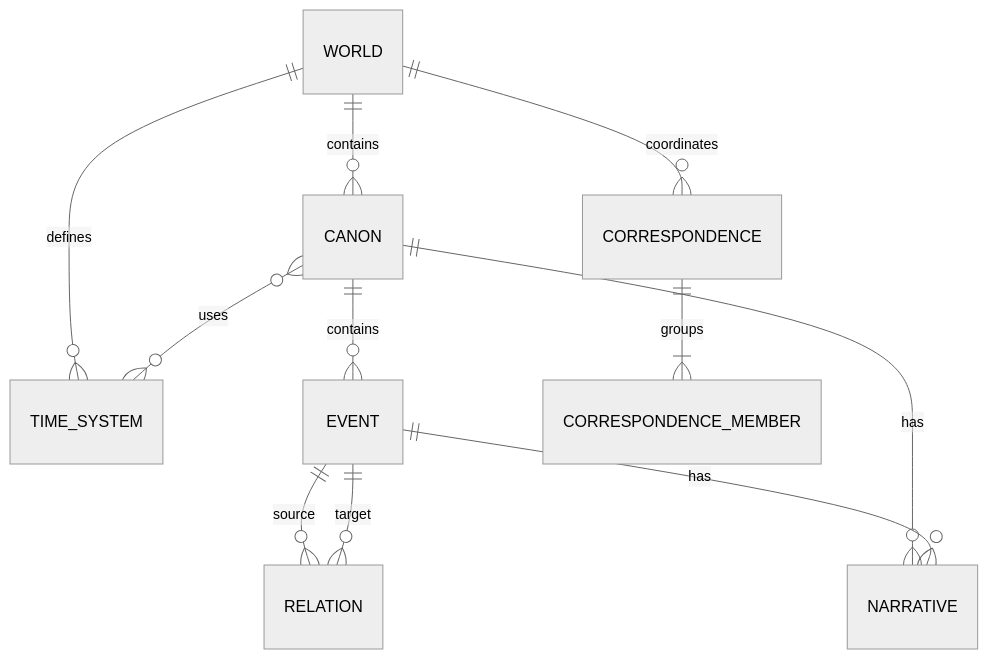
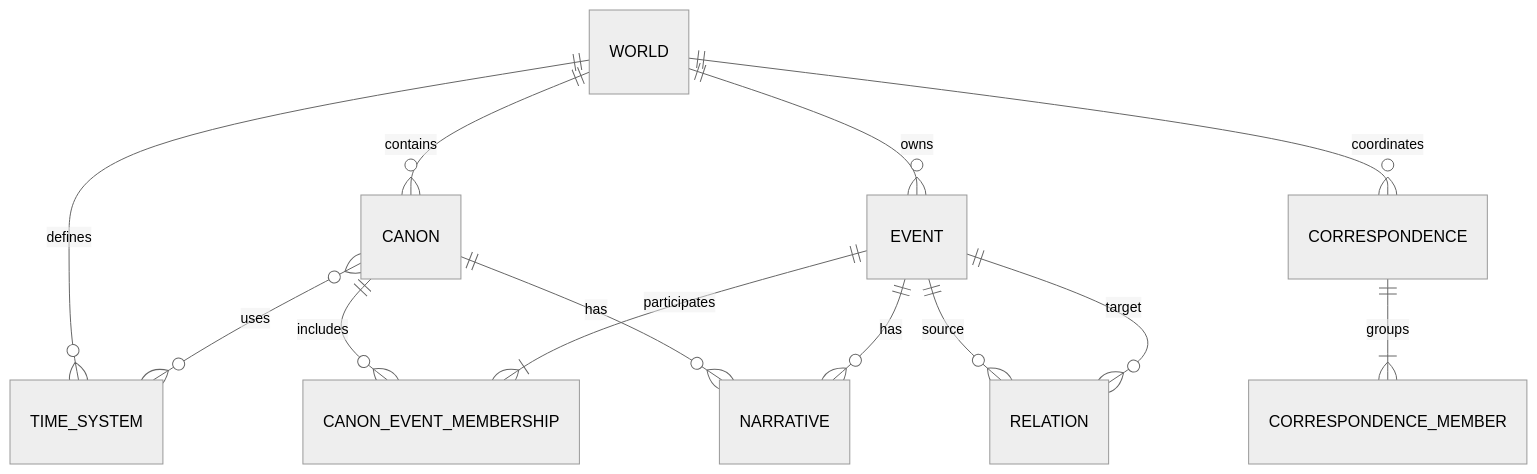
Before and after one commit to neocjmix/moirai: the diagram in docs/technical-specifications/TS-002-canonical-data-model.md, drawn with Mermaid (neutral theme). The commit also changed other lines of this file, not shown here.

````diff
--- a/docs/technical-specifications/TS-002-canonical-data-model.md
+++ b/docs/technical-specifications/TS-002-canonical-data-model.md
@@ -56,13 +56,15 @@
 ```mermaid
 erDiagram
     WORLD ||--o{ CANON : contains
     WORLD ||--o{ TIME_SYSTEM : defines
     CANON }o--o{ TIME_SYSTEM : uses
-    CANON ||--o{ EVENT : contains
+    WORLD ||--o{ EVENT : owns
+    CANON ||--o{ CANON_EVENT_MEMBERSHIP : includes
+    EVENT ||--|{ CANON_EVENT_MEMBERSHIP : participates
     EVENT ||--o{ RELATION : source
     EVENT ||--o{ RELATION : target
     CANON ||--o{ NARRATIVE : has
     EVENT ||--o{ NARRATIVE : has
     WORLD ||--o{ CORRESPONDENCE : coordinates
     CORRESPONDENCE ||--|{ CORRESPONDENCE_MEMBER : groups
 ```
````
